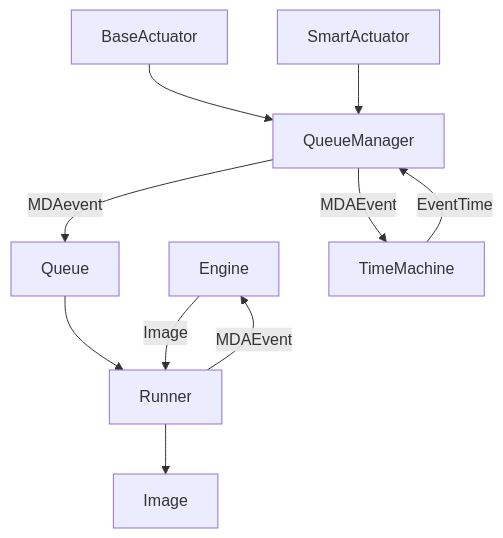
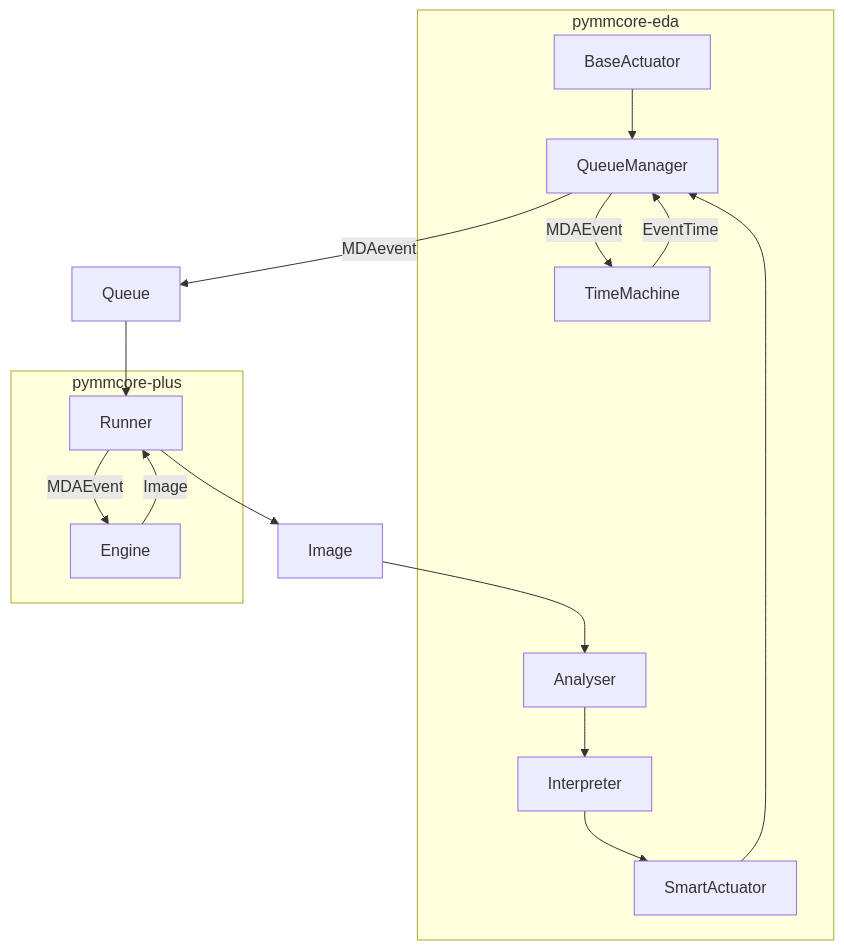
The first of 2 diagrams in structure.md (LEB-EPFL/pymmcore-eda), drawn with Mermaid before and after one commit. The commit also changed 5 other files, not shown here.

````diff
--- a/structure.md
+++ b/structure.md
@@ -3,20 +3,31 @@
 ```mermaid
 graph TD;
-    Engine
-    Runner
+      
+    subgraph pymmcore-eda
+        BaseActuator
+        SmartActuator
+        QueueManager
+        TimeMachine
+        Analyser
+        Interpreter
+    end
+    subgraph pymmcore-plus
+        Engine
+        Runner
+    end
     Queue
-    BaseActuator
-    SmartActuator
-    QueueManager
-    TimeMachine
+
 
     BaseActuator --> QueueManager
     SmartActuator --> QueueManager
     QueueManager -- MDAevent --> Queue
     QueueManager -- MDAEvent -->TimeMachine
     TimeMachine -- EventTime --> QueueManager
     Queue --> Runner
     Runner -- MDAEvent --> Engine
     Engine -- Image --> Runner
     Runner --> Image
+    Image --> Analyser
+    Analyser --> Interpreter
+    Interpreter --> SmartActuator
 ```
````
